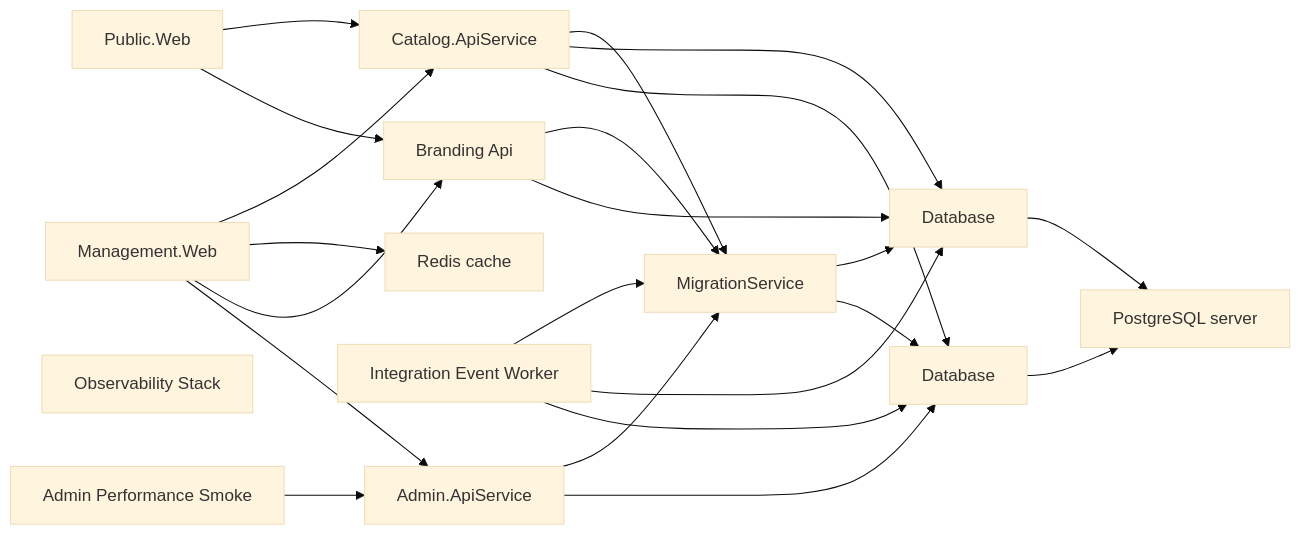
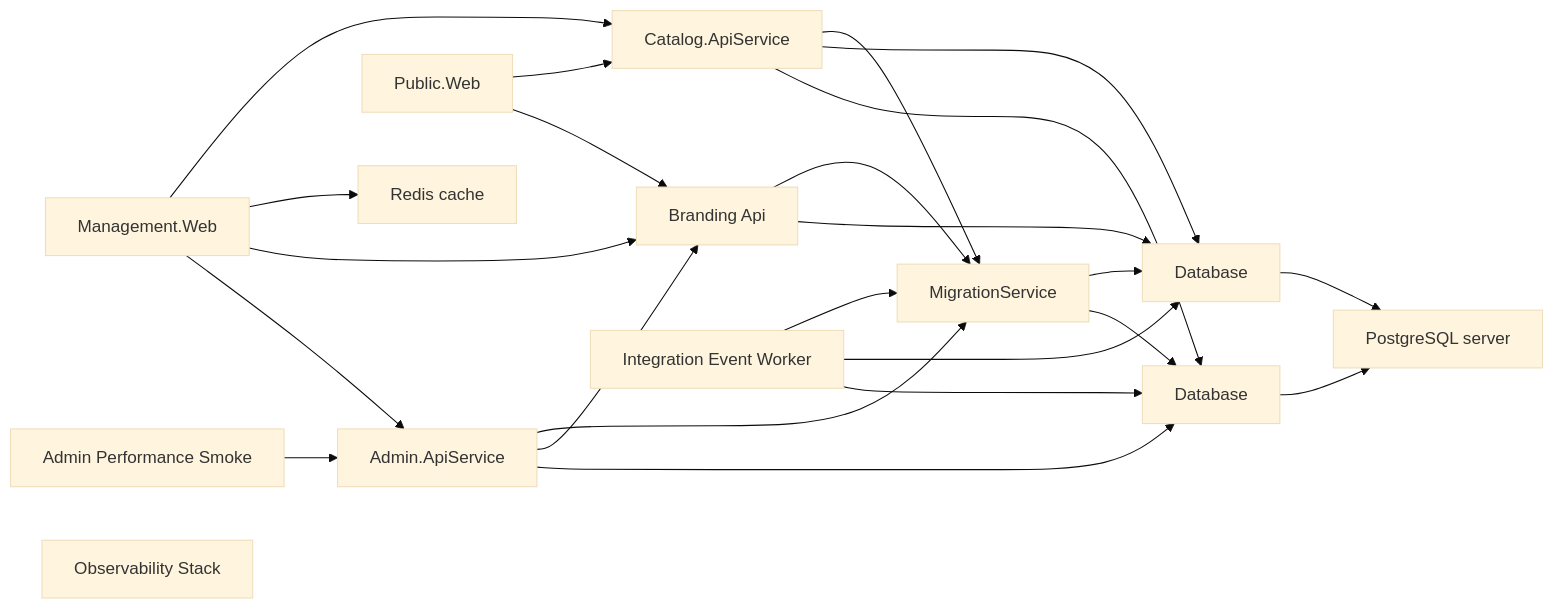
The first of 2 diagrams in docs/architecture/runtime-wiring-and-deployment.md (danigutsch/ViajantesTurismo), drawn with Mermaid (base theme) before and after one commit. The commit also changed 75 other files, not shown here.

````diff
--- a/docs/architecture/runtime-wiring-and-deployment.md
+++ b/docs/architecture/runtime-wiring-and-deployment.md
@@ -13,37 +13,38 @@
 ```mermaid
 flowchart LR
     AdminPerformanceSmoke[Admin Performance Smoke]
     apiService[Admin.ApiService]
     brandingApiService[Branding Api]
     catalogApiService[Catalog.ApiService]
     adminDatabase[Database]
     catalogDatabase[Database]
     IntegrationEventWorker[Integration Event Worker]
     ManagementWeb[Management.Web]
     migrationService[MigrationService]
     ObservabilityStack[Observability Stack]
     databaseServer[PostgreSQL server]
     PublicWeb[Public.Web]
     cache[Redis cache]
     AdminPerformanceSmoke --> apiService
     IntegrationEventWorker --> adminDatabase
     IntegrationEventWorker --> catalogDatabase
     IntegrationEventWorker --> migrationService
     ManagementWeb --> apiService
     ManagementWeb --> brandingApiService
     ManagementWeb --> cache
     ManagementWeb --> catalogApiService
     PublicWeb --> brandingApiService
     PublicWeb --> catalogApiService
     adminDatabase --> databaseServer
     apiService --> adminDatabase
+    apiService --> brandingApiService
     apiService --> migrationService
     brandingApiService --> catalogDatabase
     brandingApiService --> migrationService
     catalogApiService --> adminDatabase
     catalogApiService --> catalogDatabase
     catalogApiService --> migrationService
     catalogDatabase --> databaseServer
     migrationService --> adminDatabase
     migrationService --> catalogDatabase
 ```
````
